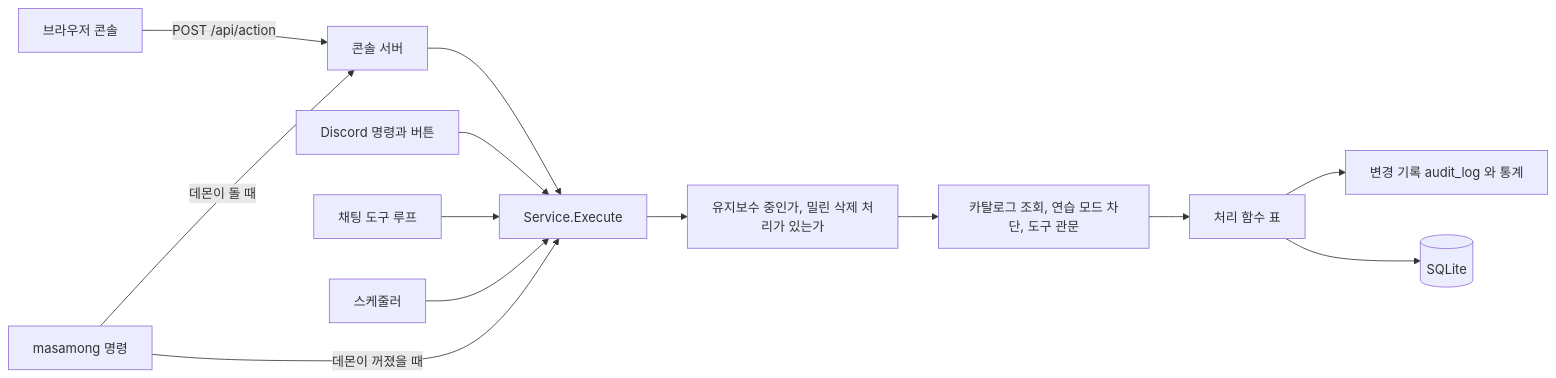
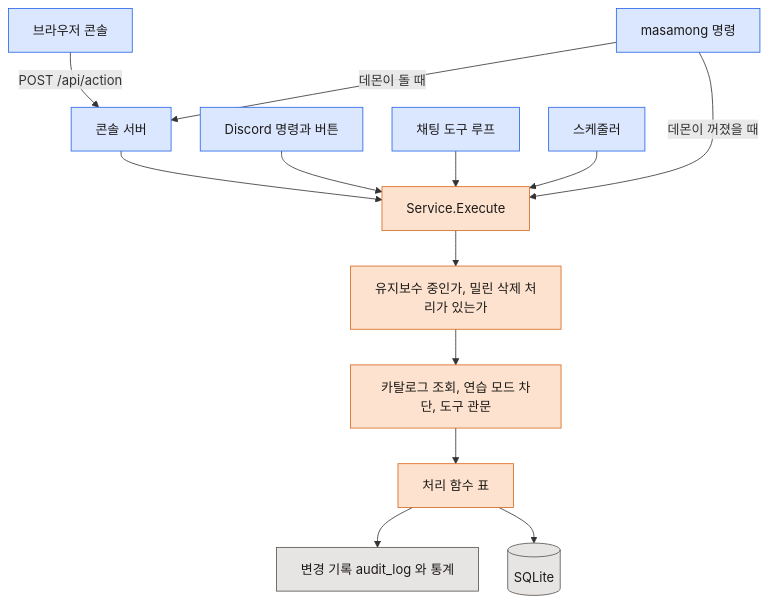
One commit to kim0040/masamong2 changed the first of 3 diagrams in docs/architecture/console-and-ops.md. Above: the diagram before and after it, drawn with Mermaid. The commit also changed other lines of this file and 5 other files, not shown here.

Commit message:
docs: the Mermaid diagrams share one class palette with explicit text colours, run top-down to fit the page, and the sequence diagram is narrower

````diff
--- a/docs/architecture/console-and-ops.md
+++ b/docs/architecture/console-and-ops.md
@@ -16,16 +16,26 @@
 ```mermaid
-flowchart LR
+%%{init: {"flowchart": {"curve": "basis", "nodeSpacing": 36, "rankSpacing": 44}}}%%
+flowchart TB
   BR["브라우저 콘솔"] -- "POST /api/action" --> WEB["콘솔 서버"]
   CLI["masamong 명령"] -- "데몬이 돌 때" --> WEB
   CLI -- "데몬이 꺼졌을 때" --> EX
   DC["Discord 명령과 버튼"] --> EX
   TL["채팅 도구 루프"] --> EX
   SCH["스케줄러"] --> EX
   WEB --> EX["Service.Execute"]
 
   EX --> G1["유지보수 중인가, 밀린 삭제 처리가 있는가"]
   G1 --> G2["카탈로그 조회, 연습 모드 차단, 도구 관문"]
   G2 --> H["처리 함수 표"]
   H --> AU["변경 기록 audit_log 와 통계"]
   H --> DB[("SQLite")]
+
+  classDef entry fill:#dbe7ff,stroke:#2563eb,color:#1c1917
+  classDef core fill:#fde3cf,stroke:#d9661a,color:#1c1917
+  classDef memory fill:#dcf3e3,stroke:#15803d,color:#1c1917
+  classDef external fill:#ebe2fd,stroke:#7c3aed,color:#1c1917
+  classDef store fill:#e7e5e4,stroke:#57534e,color:#1c1917
+  class BR,CLI,DC,TL,SCH,WEB entry
+  class EX,G1,G2,H core
+  class AU,DB store
 ```
````
